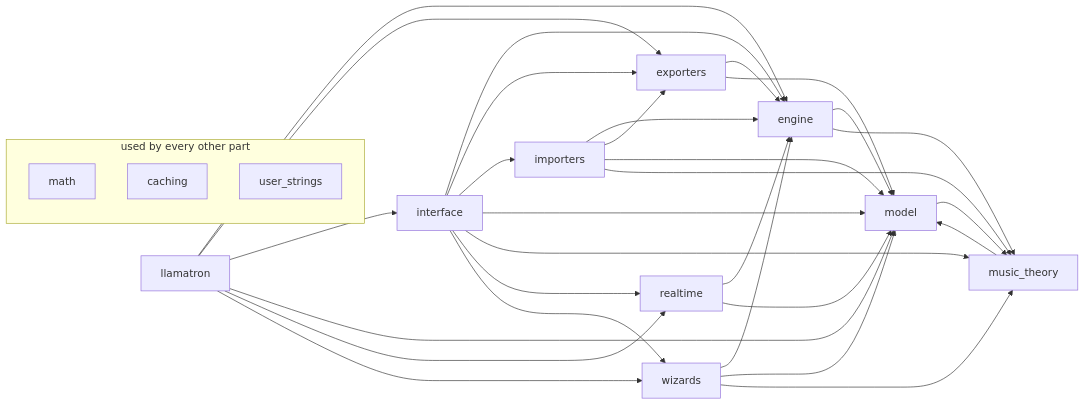
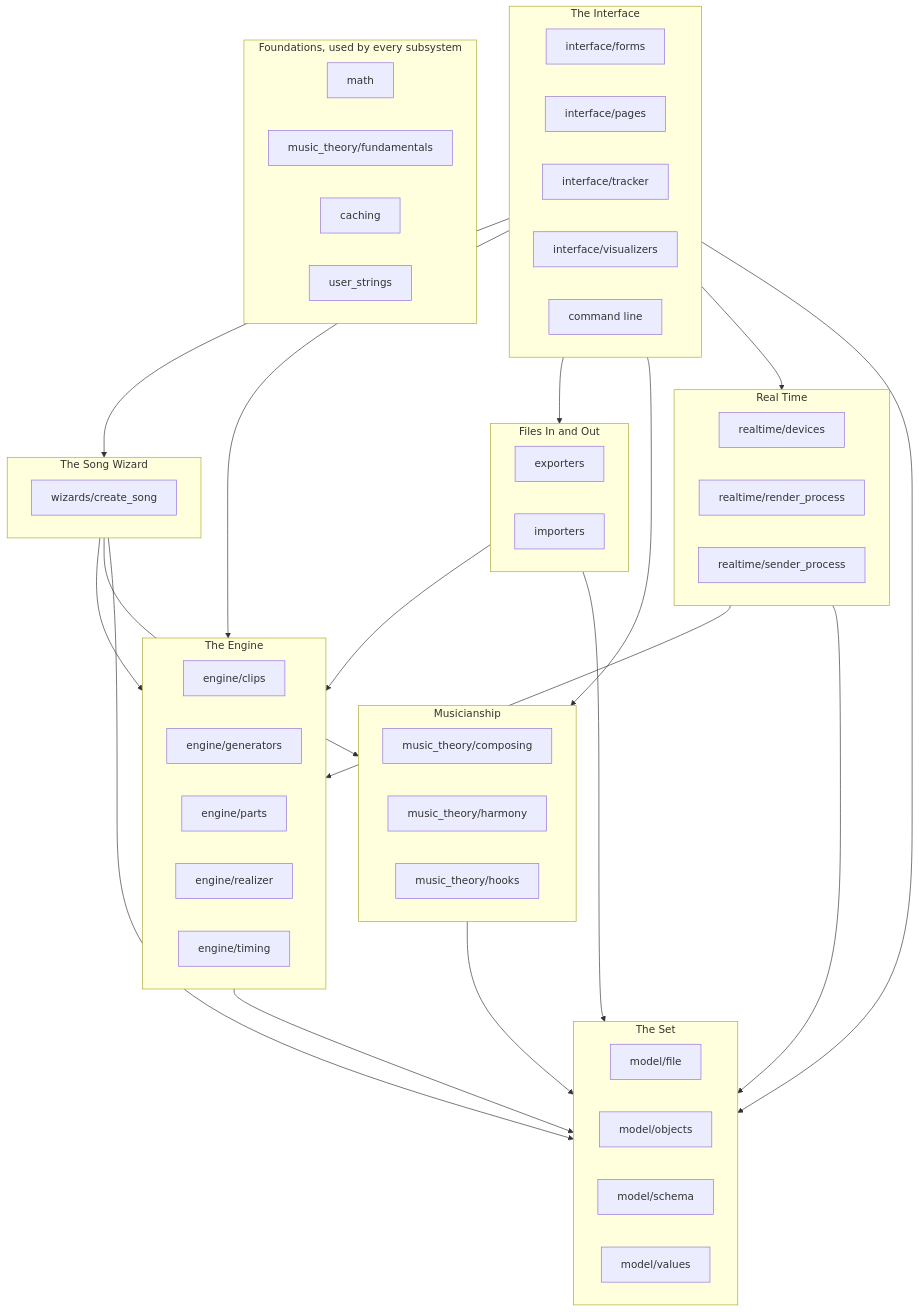
The second of 2 diagrams in docs/ARCHITECTURE.md (mpdehaan/llamatron), drawn with Mermaid before and after one commit. The commit also changed other lines of this file and 1 other file, not shown here.

````diff
--- a/docs/ARCHITECTURE.md
+++ b/docs/ARCHITECTURE.md
@@ -154,45 +96,61 @@
 ```mermaid
-flowchart LR
-    interface["interface"]
-    llamatron["llamatron"]
-    model["model"]
-    engine["engine"]
-    exporters["exporters"]
-    importers["importers"]
-    music_theory["music_theory"]
-    realtime["realtime"]
-    wizards["wizards"]
-    subgraph everywhere ["used by every other part"]
-    math["math"]
-    caching["caching"]
-    user_strings["user_strings"]
+flowchart TD
+    subgraph set ["The Set"]
+    model_file["model/file"]
+    model_objects["model/objects"]
+    model_schema["model/schema"]
+    model_values["model/values"]
     end
-    engine --> model
-    engine --> music_theory
-    exporters --> engine
-    exporters --> model
-    importers --> engine
-    importers --> exporters
-    importers --> model
-    importers --> music_theory
+    subgraph musicianship ["Musicianship"]
+    music_theory_composing["music_theory/composing"]
+    music_theory_harmony["music_theory/harmony"]
+    music_theory_hooks["music_theory/hooks"]
+    end
+    subgraph engine ["The Engine"]
+    engine_clips["engine/clips"]
+    engine_generators["engine/generators"]
+    engine_parts["engine/parts"]
+    engine_realizer["engine/realizer"]
+    engine_timing["engine/timing"]
+    end
+    subgraph files ["Files In and Out"]
+    exporters_exporters["exporters"]
+    importers_importers["importers"]
+    end
+    subgraph realtime ["Real Time"]
+    realtime_devices["realtime/devices"]
+    realtime_render_process["realtime/render_process"]
+    realtime_sender_process["realtime/sender_process"]
+    end
+    subgraph composer ["The Song Wizard"]
+    wizards_create_song["wizards/create_song"]
+    end
+    subgraph interface ["The Interface"]
+    interface_forms["interface/forms"]
+    interface_pages["interface/pages"]
+    interface_tracker["interface/tracker"]
+    interface_visualizers["interface/visualizers"]
+    llamatron_llamatron["command line"]
+    end
+    subgraph foundations ["Foundations, used by every subsystem"]
+    math_math["math"]
+    music_theory_fundamentals["music_theory/fundamentals"]
+    caching_caching["caching"]
+    user_strings_user_strings["user_strings"]
+    end
+    composer --> engine
+    composer --> musicianship
+    composer --> set
+    engine --> set
+    files --> engine
+    files --> set
+    interface --> composer
     interface --> engine
-    interface --> exporters
-    interface --> importers
-    interface --> model
-    interface --> music_theory
+    interface --> files
+    interface --> musicianship
     interface --> realtime
-    interface --> wizards
-    llamatron --> engine
-    llamatron --> exporters
-    llamatron --> interface
-    llamatron --> model
-    llamatron --> realtime
-    llamatron --> wizards
-    model --> music_theory
-    music_theory --> model
+    interface --> set
+    musicianship --> set
     realtime --> engine
-    realtime --> model
-    wizards --> engine
-    wizards --> model
-    wizards --> music_theory
+    realtime --> set
 ```
````
